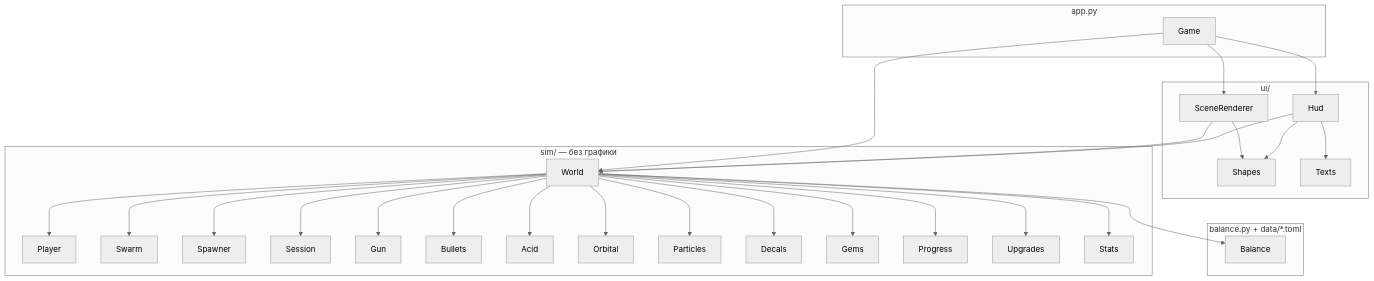
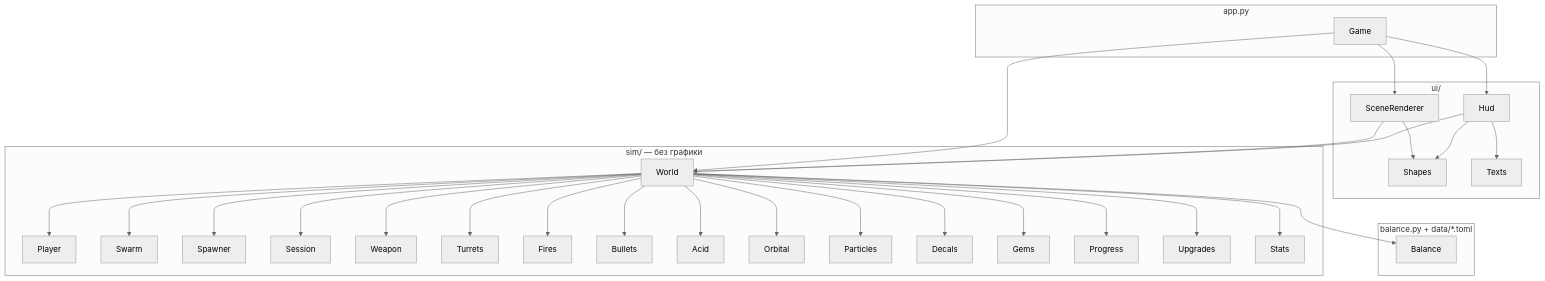
Before and after one commit to Alexey-Izilianov/StarRun: the diagram in docs/classes.md, drawn with Mermaid (neutral theme). The commit also changed other lines of this file and 30 other files, not shown here.

````diff
--- a/docs/classes.md
+++ b/docs/classes.md
@@ -22,25 +22,26 @@
 ```mermaid
 flowchart TB
     subgraph App["app.py"]
         Game
     end
     subgraph UI["ui/"]
         SceneRenderer --> Shapes
         Hud --> Shapes
         Hud --> Texts
     end
     subgraph Sim["sim/ — без графики"]
         World --> Player & Swarm & Spawner & Session
-        World --> Gun & Bullets & Acid & Orbital
+        World --> Weapon & Turrets & Fires
+        World --> Bullets & Acid & Orbital
         World --> Particles & Decals & Gems
         World --> Progress & Upgrades & Stats
     end
     subgraph Data["balance.py + data/*.toml"]
         Balance
     end
 
     Game --> World & SceneRenderer & Hud
     SceneRenderer --> World
     Hud --> World
     World --> Balance
 ```
````
